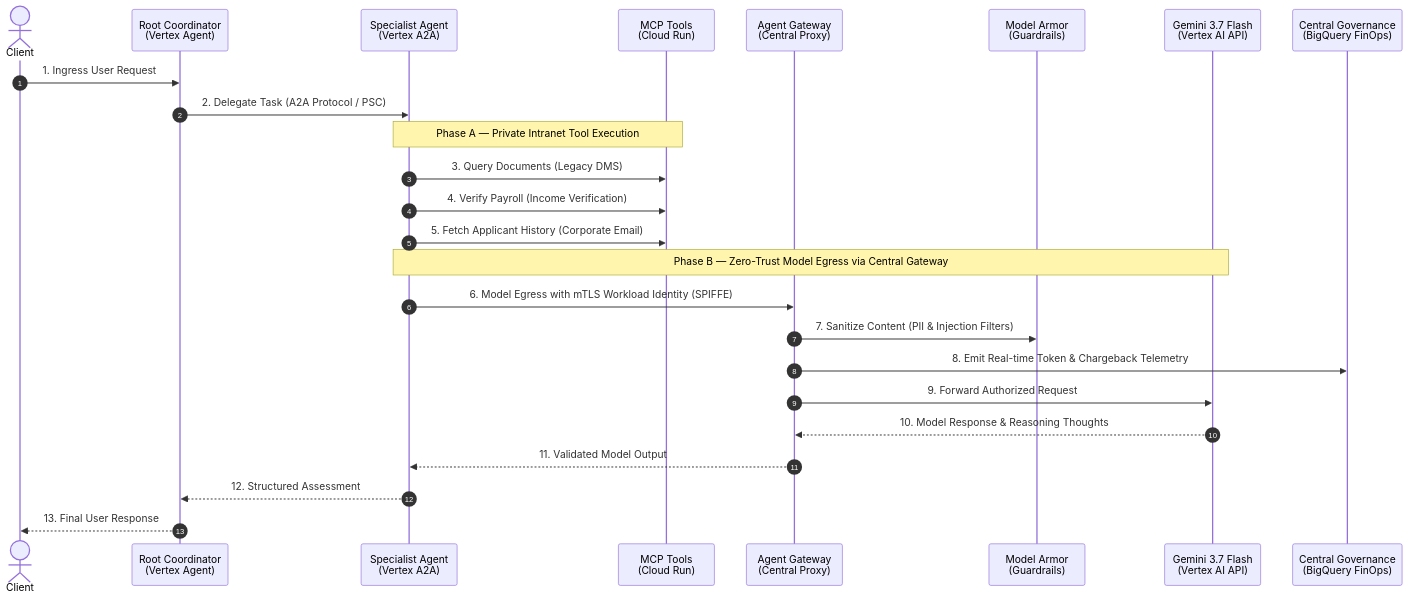
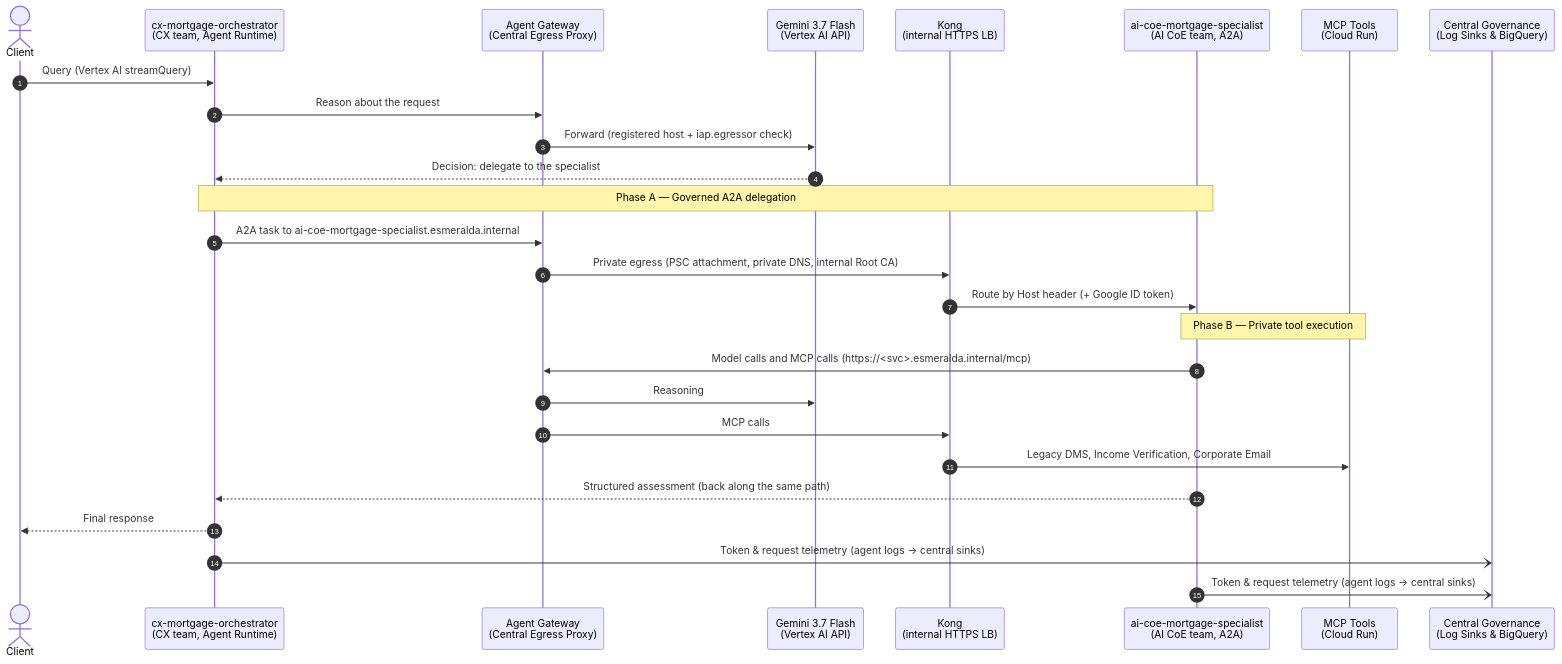
Before and after one commit to google/esmeralda: the first of 2 diagrams in docs/README.md, drawn with Mermaid. The commit also changed other lines of this file and 15 other files, not shown here.

First line of the commit message:
docs: revise all docs for team-based names and current architecture

````diff
--- a/docs/README.md
+++ b/docs/README.md
@@ -49,31 +60,33 @@
 ```mermaid
 sequenceDiagram
     autonumber
     actor User as Client
-    participant Root as Root Coordinator<br/>(Vertex Agent)
-    participant A2A as Specialist Agent<br/>(Vertex A2A)
+    participant Orch as cx-mortgage-orchestrator<br/>(CX team, Agent Runtime)
+    participant AGW as Agent Gateway<br/>(Central Egress Proxy)
+    participant Gemini as Gemini 3.7 Flash<br/>(Vertex AI API)
+    participant Kong as Kong<br/>(internal HTTPS LB)
+    participant Spec as ai-coe-mortgage-specialist<br/>(AI CoE team, A2A)
     participant MCP as MCP Tools<br/>(Cloud Run)
-    participant AGW as Agent Gateway<br/>(Central Proxy)
-    participant MA as Model Armor<br/>(Guardrails)
-    participant Gemini as Gemini 3.7 Flash<br/>(Vertex AI API)
-    participant FinOps as Central Governance<br/>(BigQuery FinOps)
+    participant FinOps as Central Governance<br/>(Log Sinks & BigQuery)
 
-    User->>Root: 1. Ingress User Request
-    Root->>A2A: 2. Delegate Task (A2A Protocol / PSC)
-    
-    Note over A2A,MCP: Phase A — Private Intranet Tool Execution
-    A2A->>MCP: 3. Query Documents (Legacy DMS)
-    A2A->>MCP: 4. Verify Payroll (Income Verification)
-    A2A->>MCP: 5. Fetch Applicant History (Corporate Email)
+    User->>Orch: Query (Vertex AI streamQuery)
+    Orch->>AGW: Reason about the request
+    AGW->>Gemini: Forward (registered host + iap.egressor check)
+    Gemini-->>Orch: Decision: delegate to the specialist
 
-    Note over A2A,Gemini: Phase B — Zero-Trust Model Egress via Central Gateway
-    A2A->>AGW: 6. Model Egress with mTLS Workload Identity (SPIFFE)
-    AGW->>MA: 7. Sanitize Content (PII & Injection Filters)
-    AGW->>FinOps: 8. Emit Real-time Token & Chargeback Telemetry
-    AGW->>Gemini: 9. Forward Authorized Request
-    Gemini-->>AGW: 10. Model Response & Reasoning Thoughts
-    AGW-->>A2A: 11. Validated Model Output
+    Note over Orch,Spec: Phase A — Governed A2A delegation
+    Orch->>AGW: A2A task to ai-coe-mortgage-specialist.esmeralda.internal
+    AGW->>Kong: Private egress (PSC attachment, private DNS, internal Root CA)
+    Kong->>Spec: Route by Host header (+ Google ID token)
 
-    A2A-->>Root: 12. Structured Assessment
-    Root-->>User: 13. Final User Response
+    Note over Spec,MCP: Phase B — Private tool execution
+    Spec->>AGW: Model calls and MCP calls (https://<svc>.esmeralda.internal/mcp)
+    AGW->>Gemini: Reasoning
+    AGW->>Kong: MCP calls
+    Kong->>MCP: Legacy DMS, Income Verification, Corporate Email
+
+    Spec-->>Orch: Structured assessment (back along the same path)
+    Orch-->>User: Final response
+    Orch-)FinOps: Token & request telemetry (agent logs → central sinks)
+    Spec-)FinOps: Token & request telemetry (agent logs → central sinks)
 ```
````
